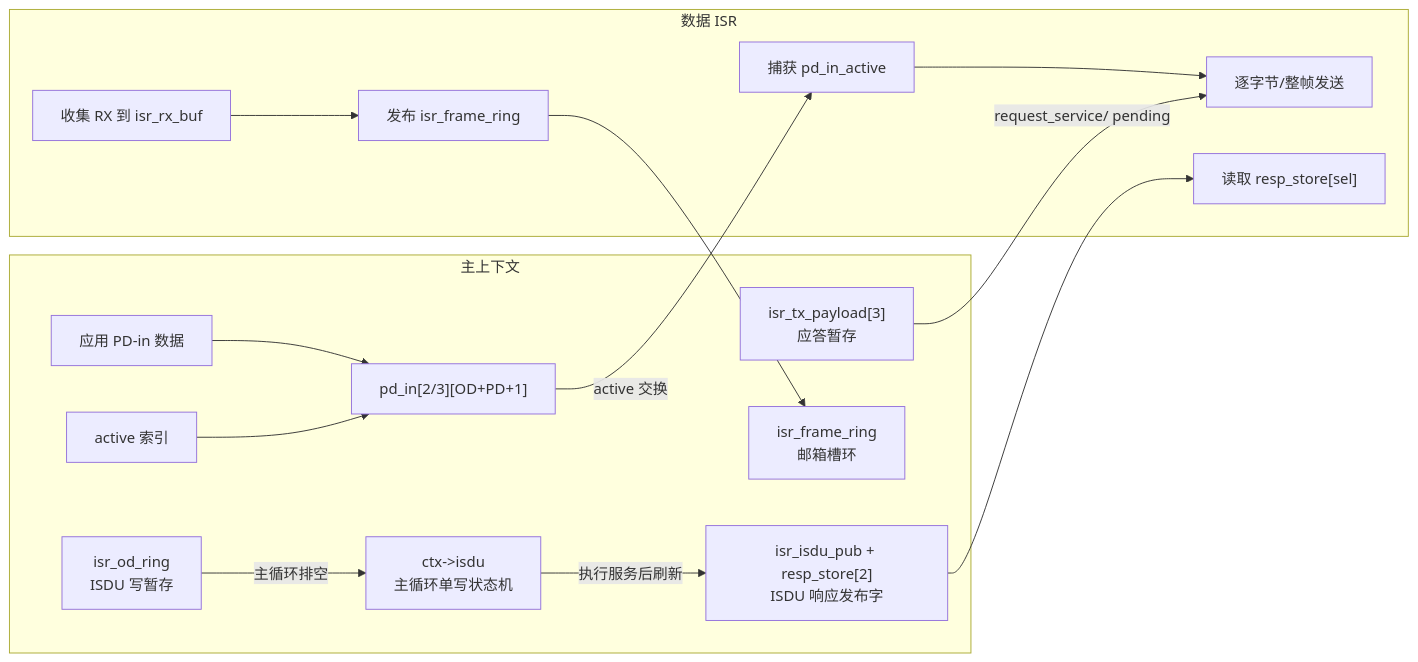
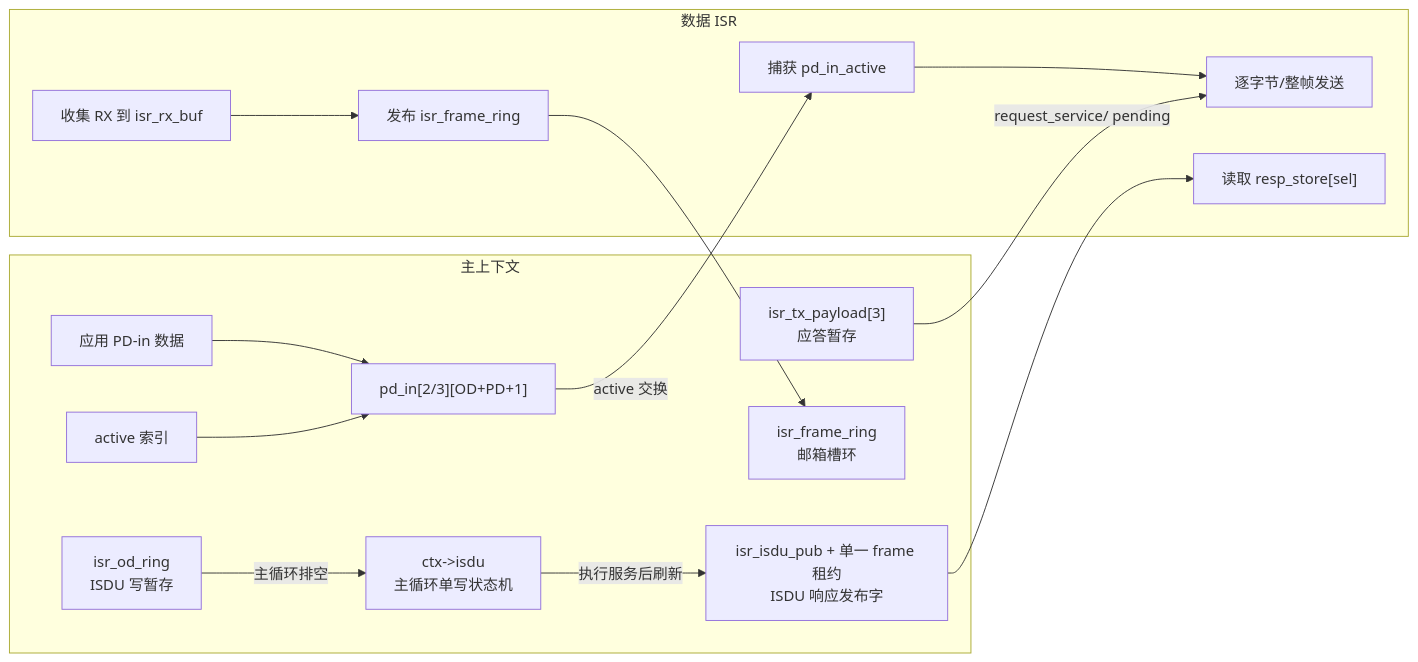
One commit to Adlyq/iolinki changed diagram 16 of 16 in docs/CODE_FLOW.md. Above: the diagram before and after it, drawn with Mermaid. The commit also changed other lines of this file and 2 other files, not shown here.

````diff
--- a/docs/CODE_FLOW.md
+++ b/docs/CODE_FLOW.md
@@ -822,30 +822,30 @@
 ```mermaid
 flowchart LR
     subgraph MAIN["主上下文"]
         M1["应用 PD-in 数据"]
         M2["pd_in[2/3][OD+PD+1]"]
         M3["active 索引"]
         M4["isr_tx_payload[3]<br/>应答暂存"]
         M5["isr_od_ring<br/>ISDU 写暂存"]
         M8["ctx->isdu<br/>主循环单写状态机"]
-        M6["isr_isdu_pub + resp_store[2]<br/>ISDU 响应发布字"]
+        M6["isr_isdu_pub + 单一 frame 租约<br/>ISDU 响应发布字"]
         M7["isr_frame_ring<br/>邮箱槽环"]
     end
     subgraph ISR["数据 ISR"]
         I1["捕获 pd_in_active"]
         I2["逐字节/整帧发送"]
         I3["收集 RX 到 isr_rx_buf"]
         I4["读取 resp_store[sel]"]
         I5["发布 isr_frame_ring"]
     end
     M1 --> M2
     M3 --> M2
     M2 -->|active 交换| I1
     I1 --> I2
     M4 -->|request_service/ pending| I2
     M5 -->|主循环排空| M8
     M8 -->|执行服务后刷新| M6
     M6 --> I4
     I3 --> I5
     I5 --> M7
 ```
````
